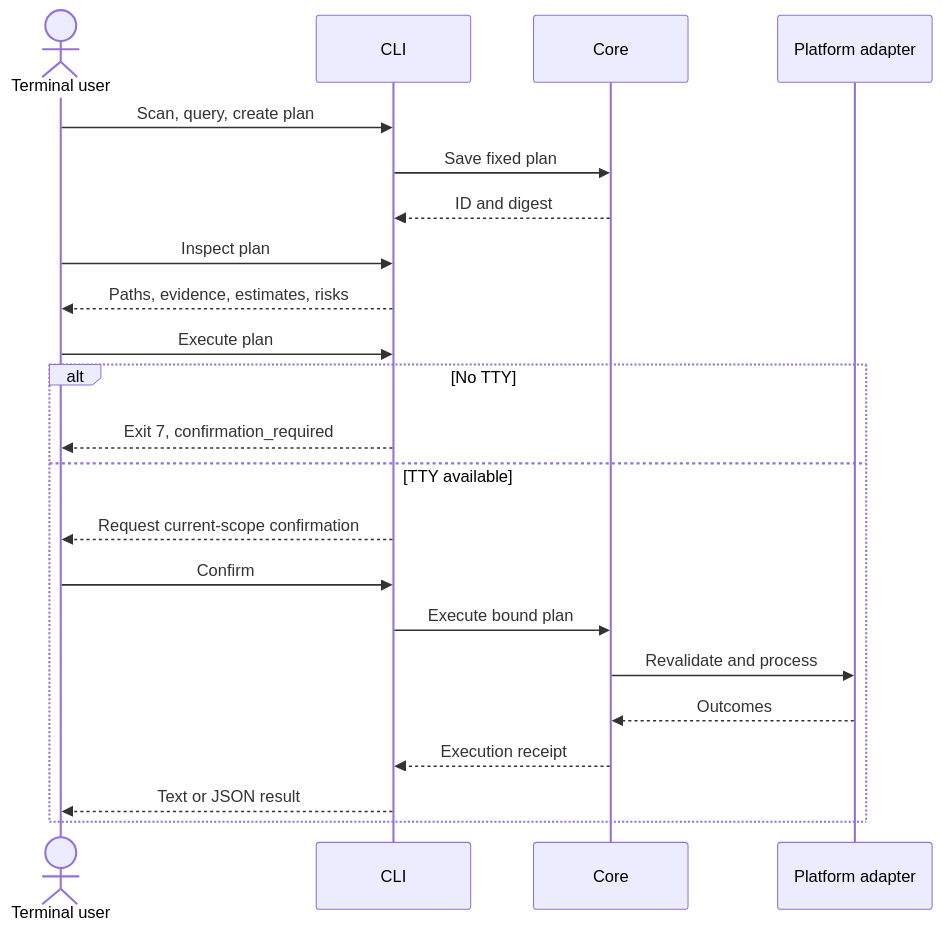
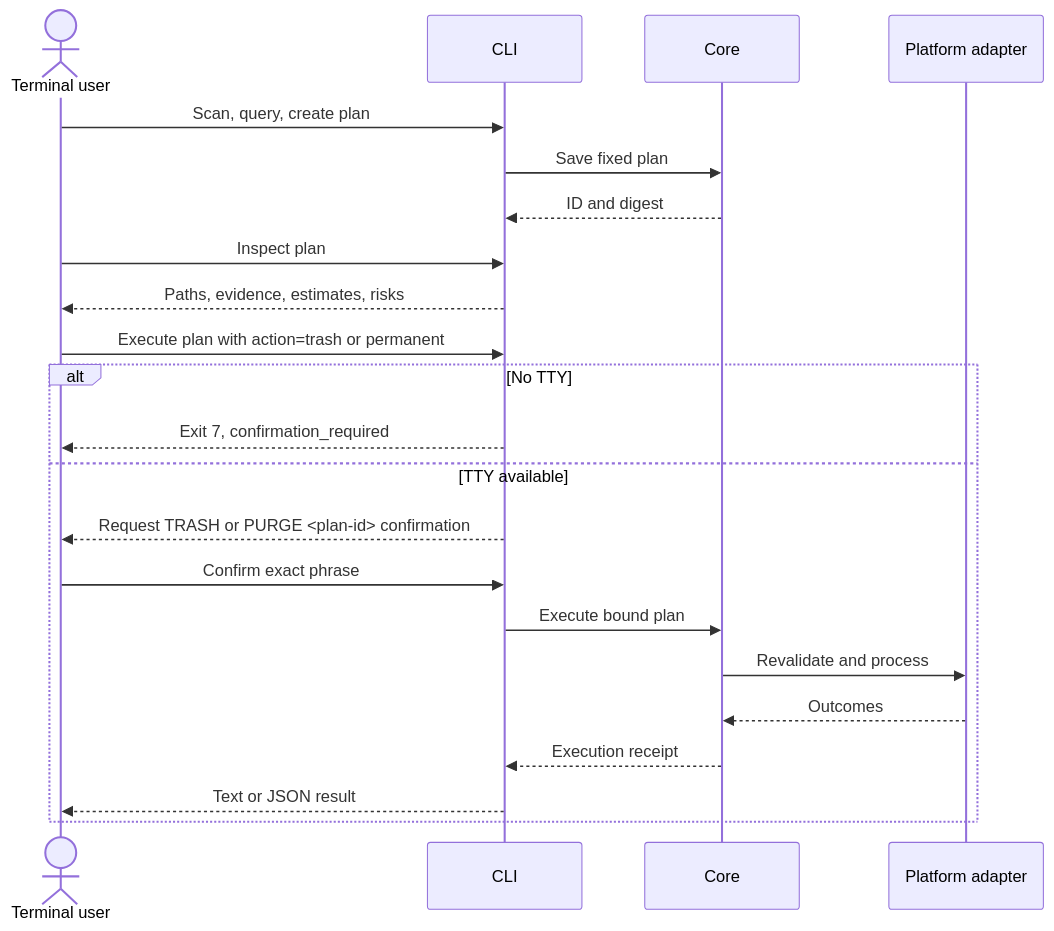
One commit to limecloud/shou changed the sixth of 8 diagrams in docs/architecture/workflows-and-sequences.md. Above: the diagram before and after it, drawn with Mermaid. The commit also changed other lines of this file and 99 other files, not shown here.

````diff
--- a/docs/architecture/workflows-and-sequences.md
+++ b/docs/architecture/workflows-and-sequences.md
@@ -123,24 +164,24 @@
 ```mermaid
 sequenceDiagram
     actor User as Terminal user
     participant CLI
     participant Core
     participant FS as Platform adapter
     User->>CLI: Scan, query, create plan
     CLI->>Core: Save fixed plan
     Core-->>CLI: ID and digest
     User->>CLI: Inspect plan
     CLI-->>User: Paths, evidence, estimates, risks
-    User->>CLI: Execute plan
+    User->>CLI: Execute plan with action=trash or permanent
     alt No TTY
         CLI-->>User: Exit 7, confirmation_required
     else TTY available
-        CLI-->>User: Request current-scope confirmation
-        User->>CLI: Confirm
+        CLI-->>User: Request TRASH or PURGE <plan-id> confirmation
+        User->>CLI: Confirm exact phrase
         CLI->>Core: Execute bound plan
         Core->>FS: Revalidate and process
         FS-->>Core: Outcomes
         Core-->>CLI: Execution receipt
         CLI-->>User: Text or JSON result
     end
 ```
````
